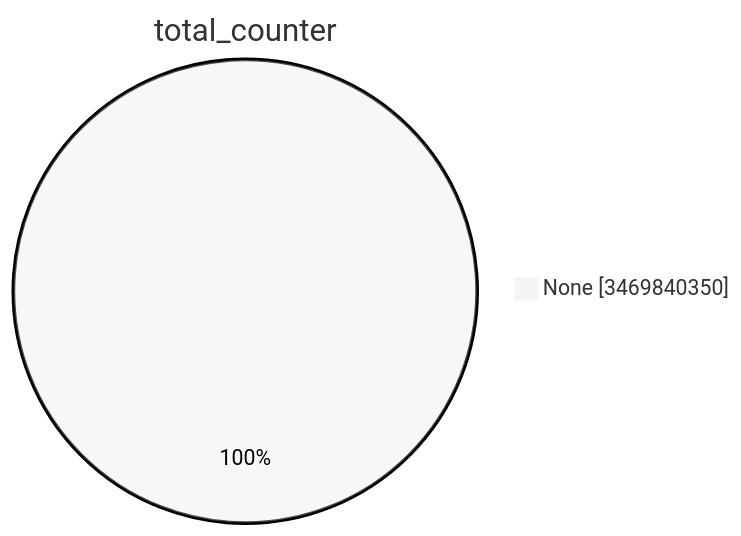
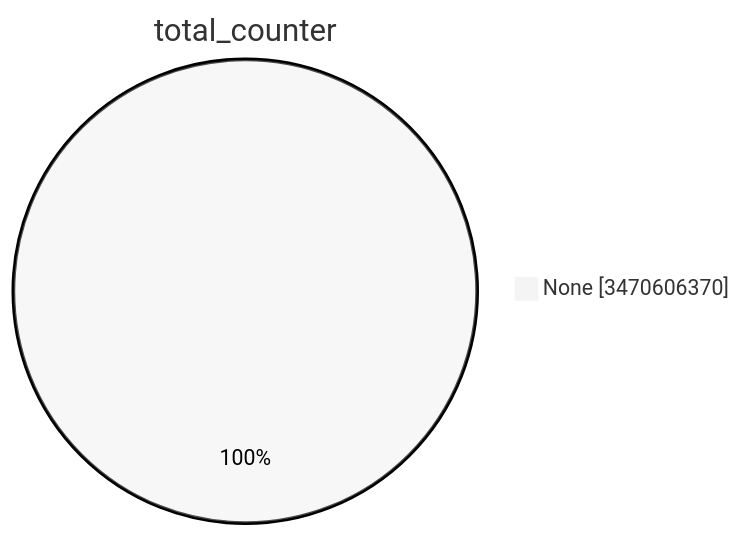
One commit to christiankrug/ctmonitor_visualization changed the first of 15 diagrams in TOTAL/README.md. Above: the diagram before and after it, drawn with Mermaid (neutral theme). The commit also changed other lines of this file, not shown here.

````diff
--- a/TOTAL/README.md
+++ b/TOTAL/README.md
@@ -1,5 +1,5 @@
 ```mermaid
 pie showData
 title total_counter
-"None" :3469840350
+"None" :3470606370
 ```
````
